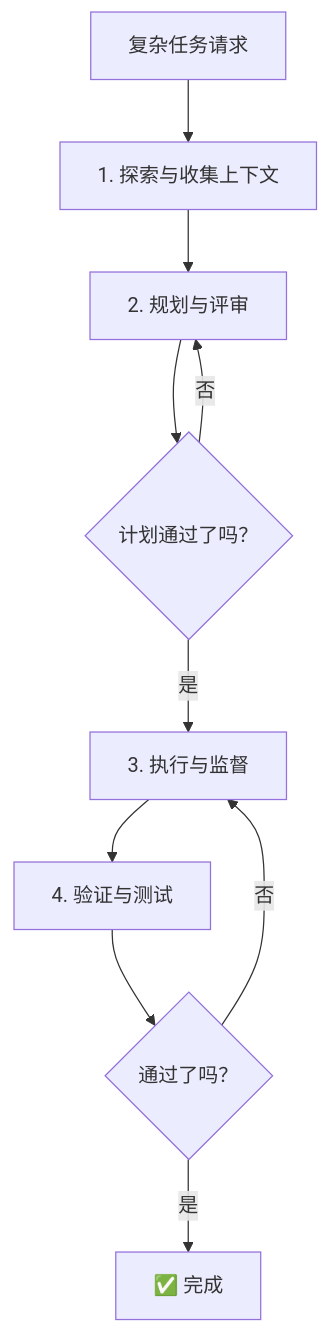
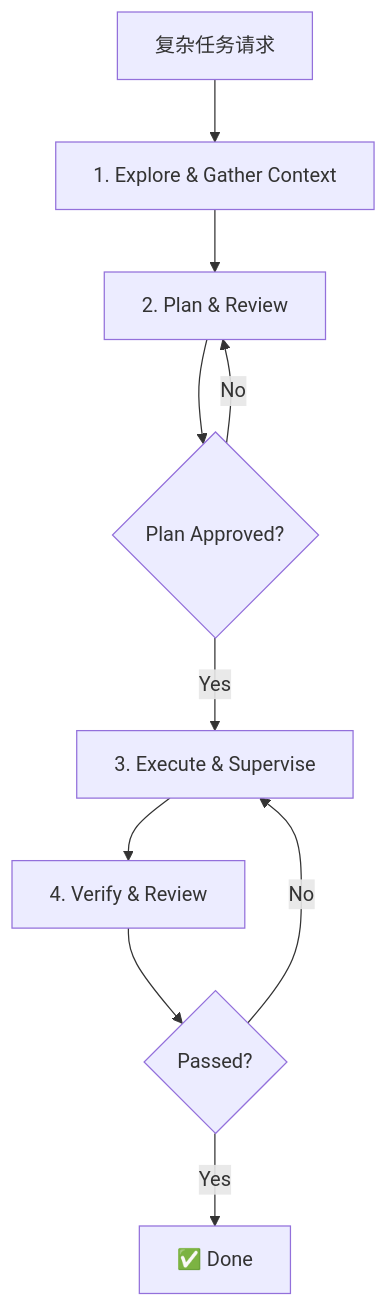
Before and after one commit to VanGoghBuilder/opencode-harness-guide: the diagram in 09-advanced-workflows/README.zh-CN.md, drawn with Mermaid. The commit also changed other lines of this file and 19 other files, not shown here.

````diff
--- a/09-advanced-workflows/README.zh-CN.md
+++ b/09-advanced-workflows/README.zh-CN.md
@@ -35,12 +54,12 @@
 ```mermaid
 graph TD
-    A["复杂任务请求"] --> B["1. 探索与收集上下文"]
-    B --> C["2. 规划与评审"]
-    C --> D{"计划通过了吗？"}
-    D -->|否| C
-    D -->|是| E["3. 执行与监督"]
-    E --> F["4. 验证与测试"]
-    F --> G{"通过了吗？"}
-    G -->|否| E
-    G -->|是| H["✅ 完成"]
+    A["复杂任务请求"] --> B["1. Explore & Gather Context"]
+    B --> C["2. Plan & Review"]
+    C --> D{"Plan Approved?"}
+    D -->|No| C
+    D -->|Yes| E["3. Execute & Supervise"]
+    E --> F["4. Verify & Review"]
+    F --> G{"Passed?"}
+    G -->|No| E
+    G -->|Yes| H["✅ Done"]
 ```
````
